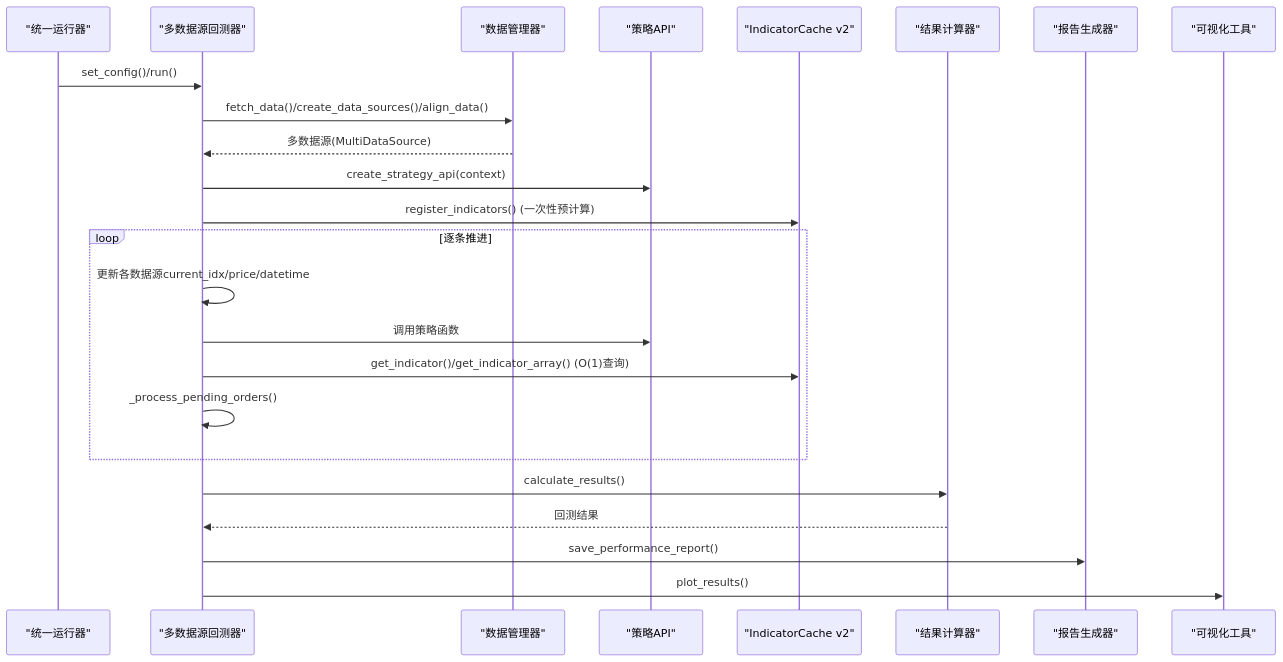
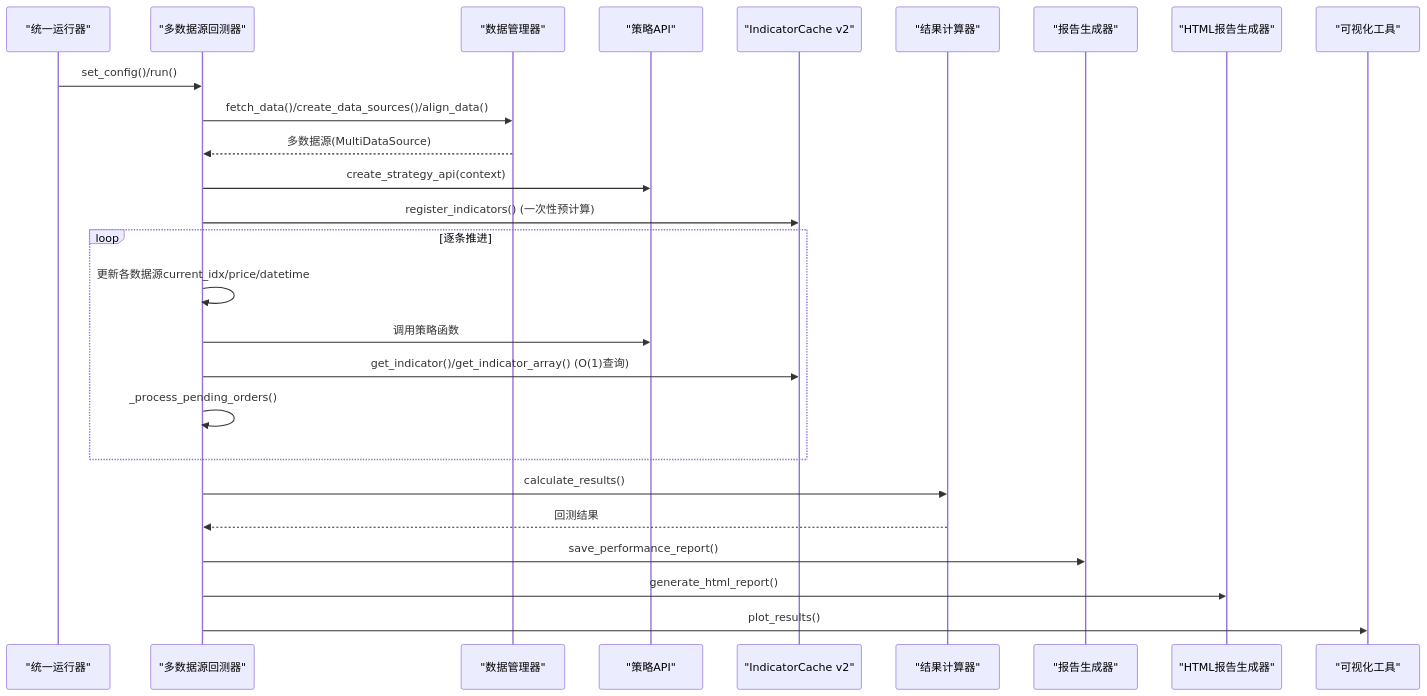
Before and after one commit to maxtwoon/ssquant: the second of 8 diagrams in .qoder/repowiki/zh/content/回测引擎详解/回测引擎详解.md, drawn with Mermaid. The commit also changed other lines of this file and 21 other files, not shown here.

````diff
--- a/.qoder/repowiki/zh/content/回测引擎详解/回测引擎详解.md
+++ b/.qoder/repowiki/zh/content/回测引擎详解/回测引擎详解.md
@@ -136,26 +144,28 @@
 ```mermaid
 sequenceDiagram
 participant U as "统一运行器"
 participant B as "多数据源回测器"
 participant D as "数据管理器"
 participant S as "策略API"
 participant IC as "IndicatorCache v2"
 participant R as "结果计算器"
 participant G as "报告生成器"
+participant HG as "HTML报告生成器"
 participant V as "可视化工具"
 U->>B : set_config()/run()
 B->>D : fetch_data()/create_data_sources()/align_data()
 D-->>B : 多数据源(MultiDataSource)
 B->>S : create_strategy_api(context)
 B->>IC : register_indicators() (一次性预计算)
 loop 逐条推进
 B->>B : 更新各数据源current_idx/price/datetime
 B->>S : 调用策略函数
 B->>IC : get_indicator()/get_indicator_array() (O(1)查询)
 B->>B : _process_pending_orders()
 end
 B->>R : calculate_results()
 R-->>B : 回测结果
 B->>G : save_performance_report()
+B->>HG : generate_html_report()
 B->>V : plot_results()
 ```
````
